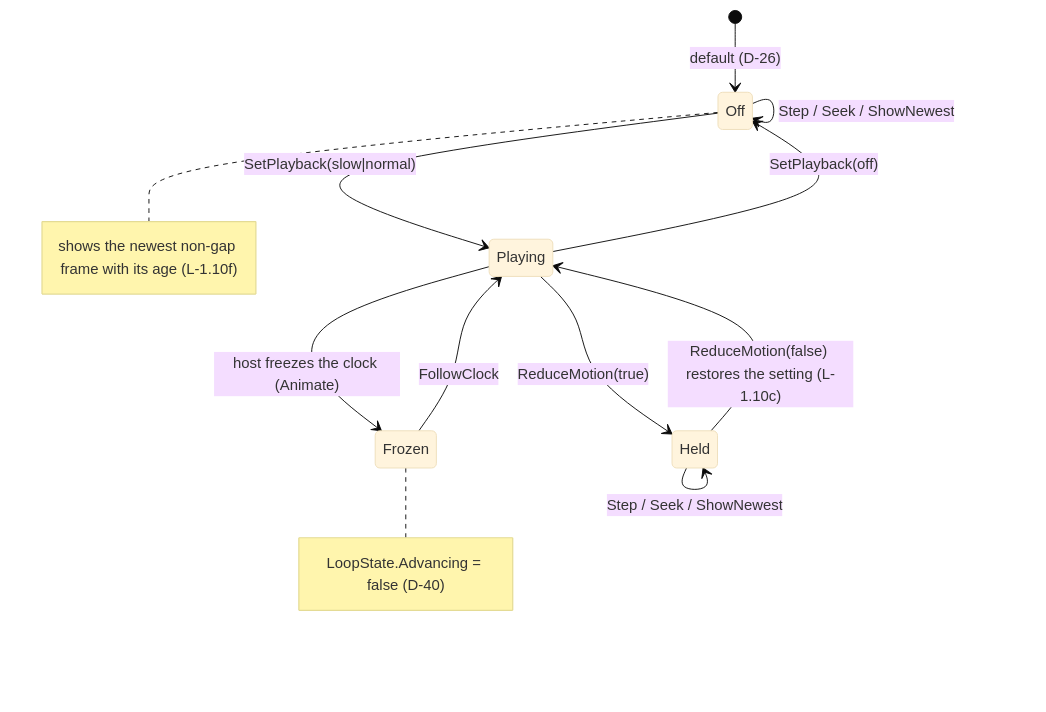
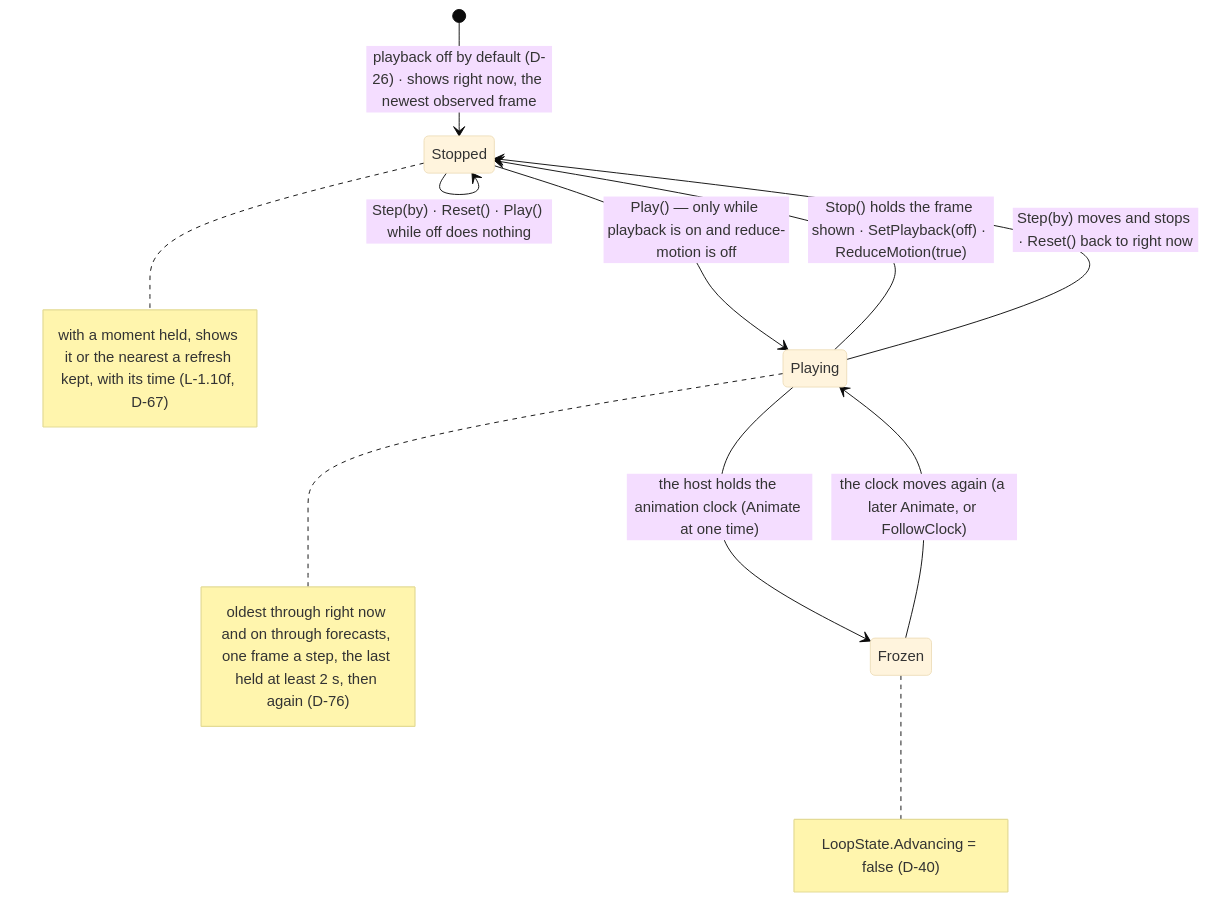
One commit to branden-thompson/go-tuimaps changed the second of 2 diagrams in 06_docs/02_features/radar-loops/03-architecture-design/approach-1-loop-model.md. Above: the diagram before and after it, drawn with Mermaid (base theme). The commit also changed other lines of this file and 20 other files, not shown here.

````diff
--- a/06_docs/02_features/radar-loops/03-architecture-design/approach-1-loop-model.md
+++ b/06_docs/02_features/radar-loops/03-architecture-design/approach-1-loop-model.md
@@ -165,14 +170,13 @@
 ```mermaid
 stateDiagram-v2
-  [*] --> Off: default (D-26)
-  Off --> Playing: SetPlayback(slow|normal)
-  Playing --> Off: SetPlayback(off)
-  Playing --> Held: ReduceMotion(true)
-  Held --> Playing: ReduceMotion(false) restores the setting (L-1.10c)
-  Playing --> Frozen: host freezes the clock (Animate)
-  Frozen --> Playing: FollowClock
-  Off --> Off: Step / Seek / ShowNewest
-  Held --> Held: Step / Seek / ShowNewest
-  note right of Off: shows the newest non-gap frame with its age (L-1.10f)
+  [*] --> Stopped: playback off by default (D-26) · shows right now, the newest observed frame
+  Stopped --> Playing: Play() — only while playback is on and reduce-motion is off
+  Playing --> Stopped: Stop() holds the frame shown · SetPlayback(off) · ReduceMotion(true)
+  Playing --> Stopped: Step(by) moves and stops · Reset() back to right now
+  Stopped --> Stopped: Step(by) · Reset() · Play() while off does nothing
+  Playing --> Frozen: the host holds the animation clock (Animate at one time)
+  Frozen --> Playing: the clock moves again (a later Animate, or FollowClock)
+  note right of Stopped: with a moment held, shows it or the nearest a refresh kept, with its time (L-1.10f, D-67)
+  note right of Playing: oldest through right now and on through forecasts, one frame a step, the last held at least 2 s, then again (D-76)
   note right of Frozen: LoopState.Advancing = false (D-40)
 ```
````
